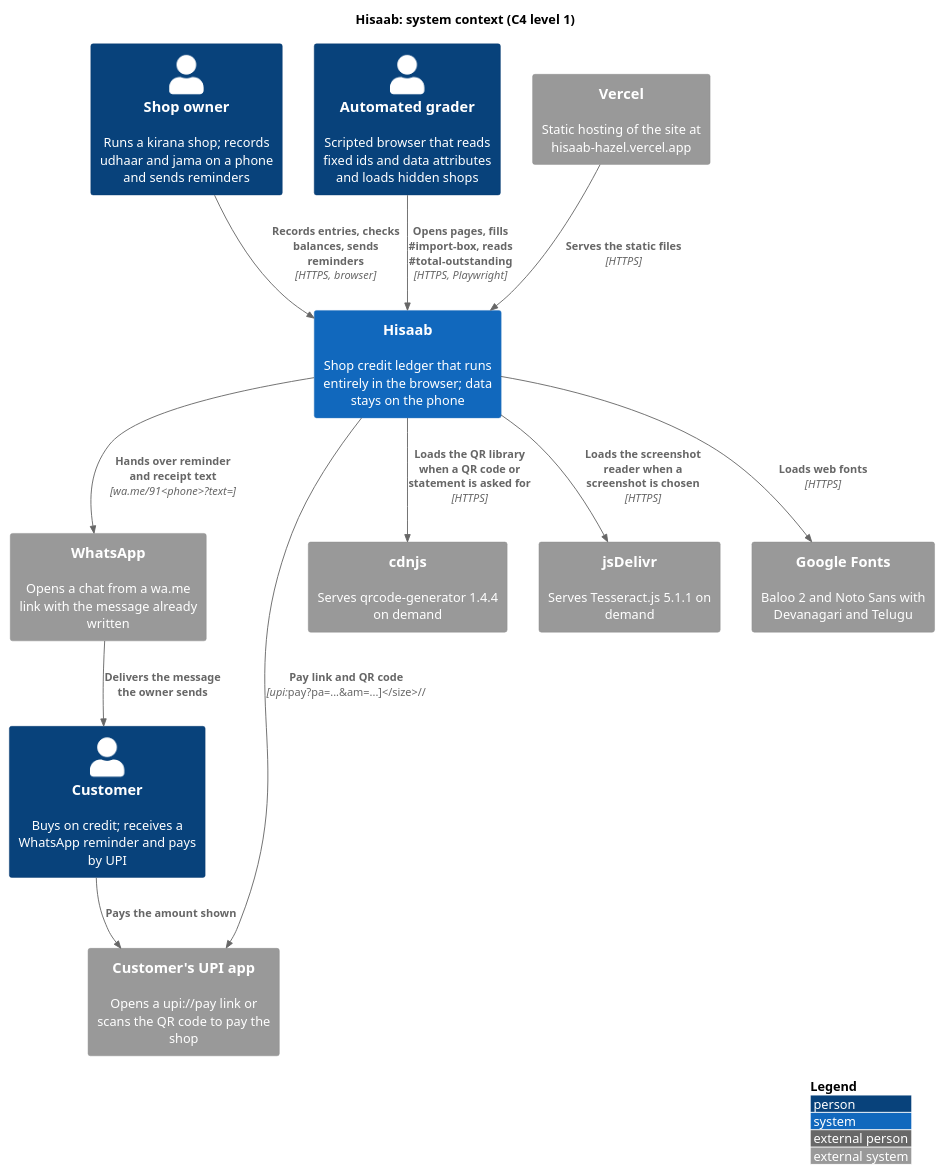
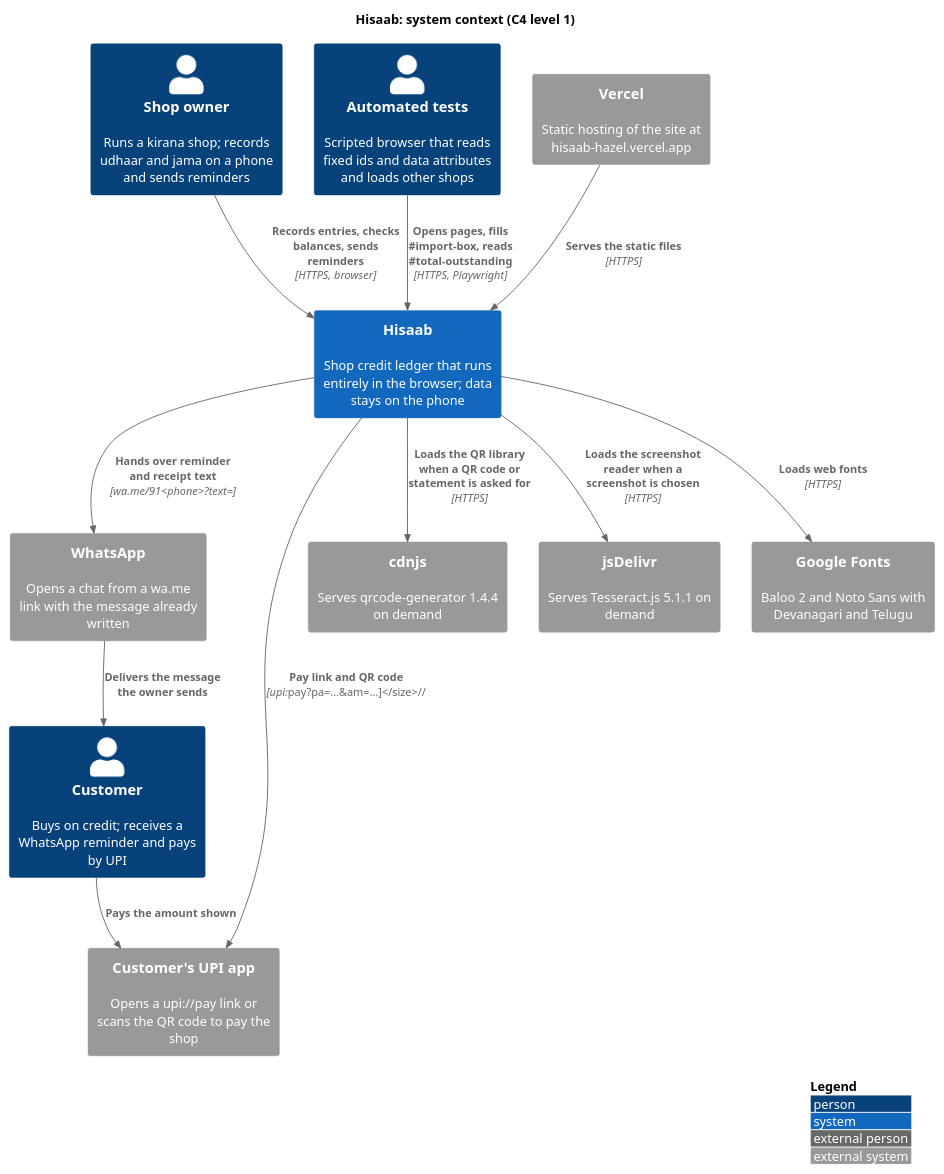
The diagram in docs/diagrams/c4-context.puml (karwasanjay007/hisaab-docs), drawn with PlantUML before and after one commit. The commit also changed 15 other files, not shown here.

```diff
--- a/docs/diagrams/c4-context.puml
+++ b/docs/diagrams/c4-context.puml
@@ -1,30 +1,30 @@
 @startuml c4-context
 !include <C4/C4_Context>
 title Hisaab: system context (C4 level 1)
 
 Person(owner, "Shop owner", "Runs a kirana shop; records udhaar and jama on a phone and sends reminders")
 Person(customer, "Customer", "Buys on credit; receives a WhatsApp reminder and pays by UPI")
-Person(grader, "Automated grader", "Scripted browser that reads fixed ids and data attributes and loads hidden shops")
+Person(tester, "Automated tests", "Scripted browser that reads fixed ids and data attributes and loads other shops")
 
 System(hisaab, "Hisaab", "Shop credit ledger that runs entirely in the browser; data stays on the phone")
 
 System_Ext(whatsapp, "WhatsApp", "Opens a chat from a wa.me link with the message already written")
 System_Ext(upi, "Customer's UPI app", "Opens a upi://pay link or scans the QR code to pay the shop")
 System_Ext(vercel, "Vercel", "Static hosting of the site at hisaab-hazel.vercel.app")
 System_Ext(cdnjs, "cdnjs", "Serves qrcode-generator 1.4.4 on demand")
 System_Ext(jsdelivr, "jsDelivr", "Serves Tesseract.js 5.1.1 on demand")
 System_Ext(fonts, "Google Fonts", "Baloo 2 and Noto Sans with Devanagari and Telugu")
 
 Rel(owner, hisaab, "Records entries, checks balances, sends reminders", "HTTPS, browser")
-Rel(grader, hisaab, "Opens pages, fills #import-box, reads #total-outstanding", "HTTPS, Playwright")
+Rel(tester, hisaab, "Opens pages, fills #import-box, reads #total-outstanding", "HTTPS, Playwright")
 Rel(hisaab, whatsapp, "Hands over reminder and receipt text", "wa.me/91<phone>?text=")
 Rel(whatsapp, customer, "Delivers the message the owner sends")
 Rel(customer, upi, "Pays the amount shown")
 Rel(hisaab, upi, "Pay link and QR code", "upi://pay?pa=...&am=...")
 Rel(vercel, hisaab, "Serves the static files", "HTTPS")
 Rel(hisaab, cdnjs, "Loads the QR library when a QR code or statement is asked for", "HTTPS")
 Rel(hisaab, jsdelivr, "Loads the screenshot reader when a screenshot is chosen", "HTTPS")
 Rel(hisaab, fonts, "Loads web fonts", "HTTPS")
 
 LAYOUT_WITH_LEGEND()
 @enduml
```
